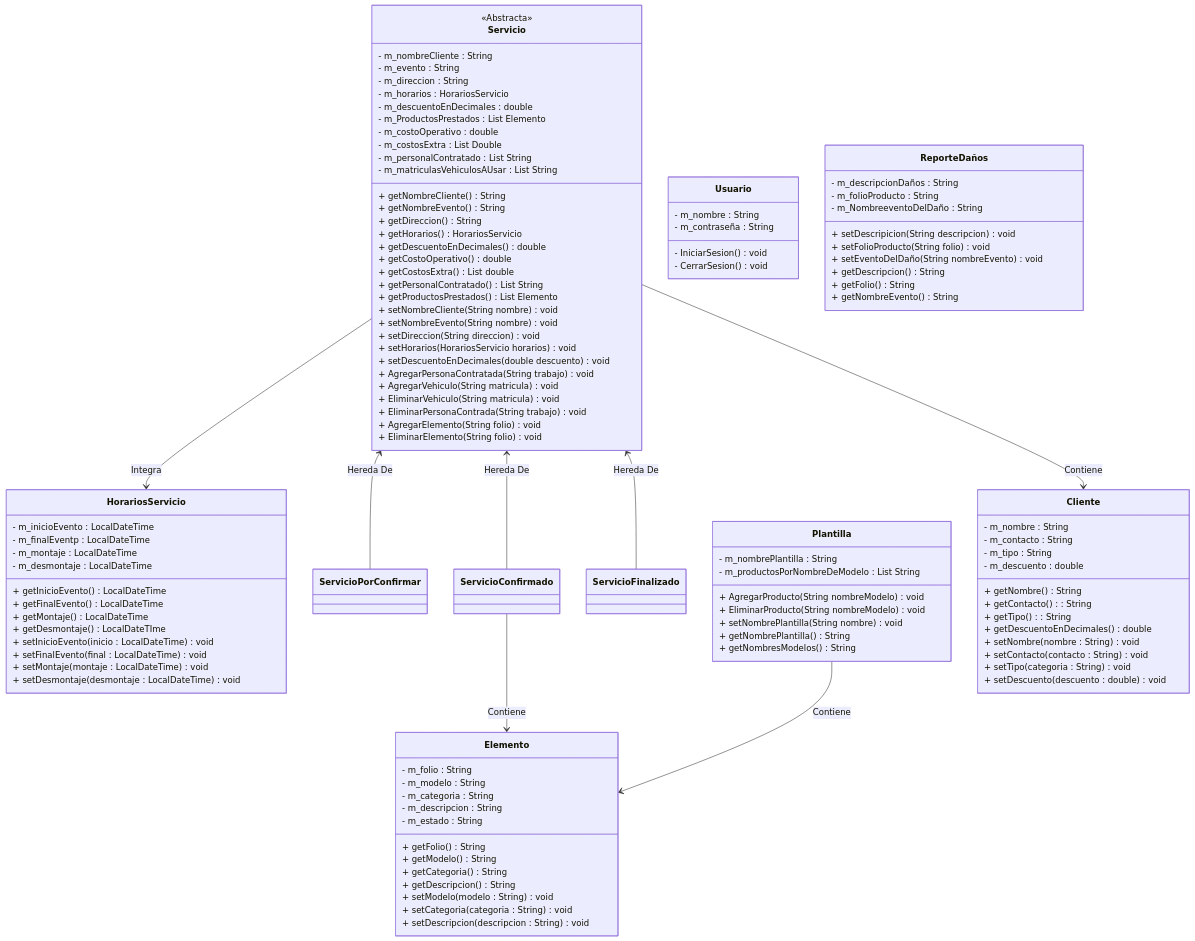
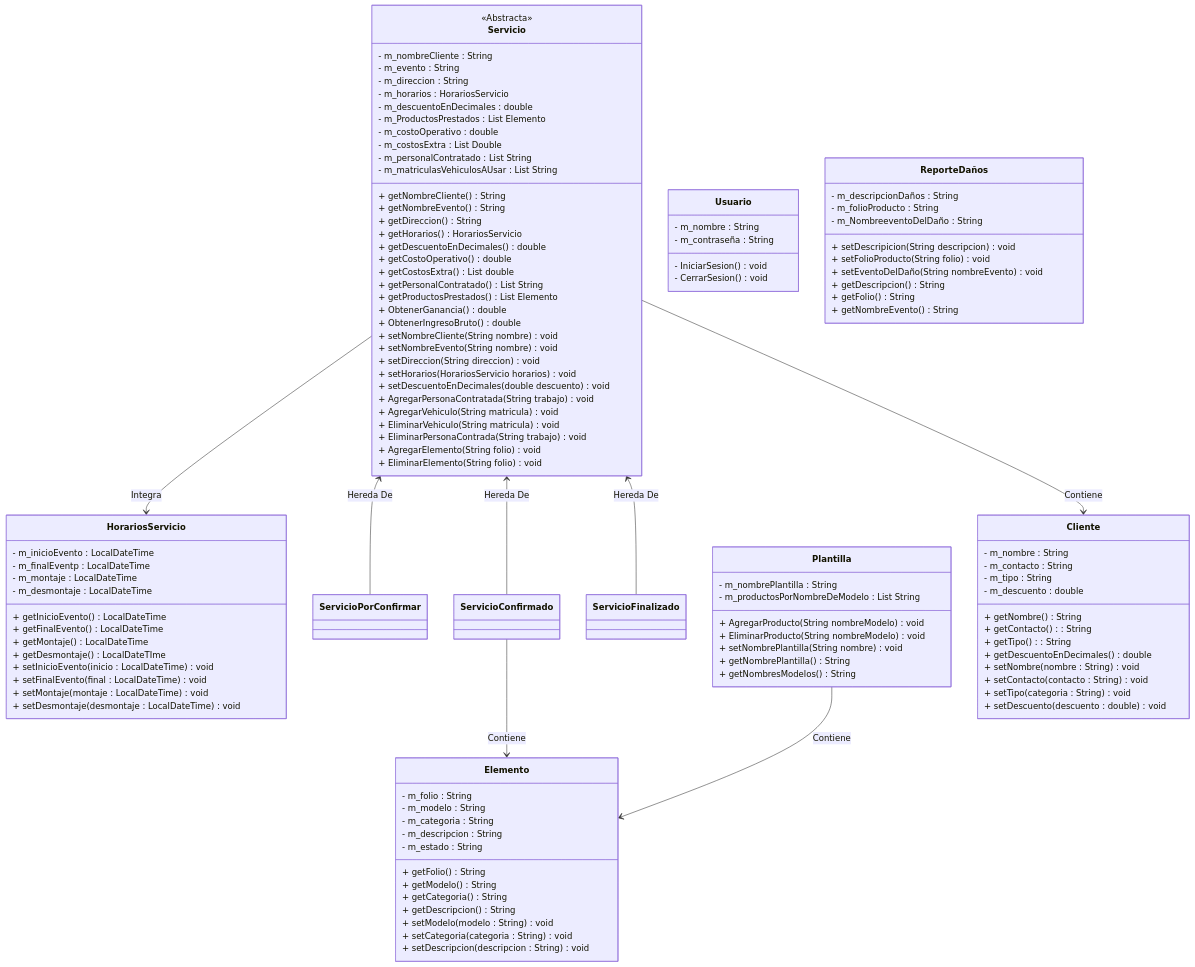
Before and after one commit to JuanJoseVargasArvizu/ProyectoPromotoraEventos: the diagram in Documentacion/Diagramas/DiagramaDeClases.mmd, drawn with Mermaid.

Commit message:
Actualizacion diagrama de clases

```diff
--- a/Documentacion/Diagramas/DiagramaDeClases.mmd
+++ b/Documentacion/Diagramas/DiagramaDeClases.mmd
@@ -1,130 +1,133 @@
 classDiagram
 
 Servicio --> HorariosServicio : Integra
 Servicio <-- ServicioPorConfirmar : Hereda De
 Servicio <-- ServicioConfirmado : Hereda De
 Servicio <-- ServicioFinalizado : Hereda De
 ServicioConfirmado --> Elemento : Contiene
 Plantilla --> Elemento : Contiene
 Servicio --> Cliente : Contiene
 
 class Usuario{
     - m_nombre : String
     - m_contraseña : String
     - IniciarSesion() void
     - CerrarSesion() void
 }
 
 class Plantilla{
     - m_nombrePlantilla : String
     - m_productosPorNombreDeModelo : List String
     + AgregarProducto(String nombreModelo) void
     + EliminarProducto(String nombreModelo) void
     + setNombrePlantilla(String nombre) void
     + getNombrePlantilla() String
     + getNombresModelos() String
 }
 
 class Elemento{
     - m_folio : String
     - m_modelo : String
     - m_categoria : String
     - m_descripcion : String
     - m_estado : String
     + getFolio() String
     + getModelo() String
     + getCategoria() String
     + getDescripcion() String
     + setModelo(modelo : String) void
     + setCategoria(categoria : String) void
     + setDescripcion(descripcion : String) void
 }
 
 class Cliente{
     - m_nombre : String
     - m_contacto : String
     - m_tipo : String
     - m_descuento : double
     + getNombre() String
     + getContacto() : String
     + getTipo() : String
     + getDescuentoEnDecimales() double
     + setNombre(nombre : String) void
     + setContacto(contacto : String) void
     + setTipo(categoria : String) void
     + setDescuento(descuento :  double) void
 }
 
 class ReporteDaños{
     - m_descripcionDaños : String
     - m_folioProducto : String
     - m_NombreeventoDelDaño : String
     + setDescripicion(String descripcion) void
     + setFolioProducto(String folio) void
     + setEventoDelDaño(String nombreEvento) void
     + getDescripcion() String
     + getFolio() String
     + getNombreEvento() String
 }
 
 class Servicio{
     <<Abstracta>>
     - m_nombreCliente : String 
     - m_evento : String
     - m_direccion : String
     - m_horarios : HorariosServicio
     - m_descuentoEnDecimales : double
     - m_ProductosPrestados : List Elemento
     - m_costoOperativo : double
     - m_costosExtra : List Double
     - m_personalContratado : List String
     - m_matriculasVehiculosAUsar : List String
     + getNombreCliente() String
     + getNombreEvento() String
     + getDireccion() String
     + getHorarios() HorariosServicio
     + getDescuentoEnDecimales() double
     + getCostoOperativo() double
     + getCostosExtra() List double
     + getPersonalContratado() List String
     + getProductosPrestados() List Elemento 
+    + ObtenerGanancia() double
+    + ObtenerIngresoBruto() double
+
     + setNombreCliente(String nombre) void
     + setNombreEvento(String nombre) void
     + setDireccion(String direccion) void
     + setHorarios(HorariosServicio horarios) void
     + setDescuentoEnDecimales(double descuento) void
     + AgregarPersonaContratada(String trabajo) void
     + AgregarVehiculo(String matricula) void
     + EliminarVehiculo(String matricula) void
     + EliminarPersonaContrada(String trabajo) void
     + AgregarElemento(String folio) void
     + EliminarElemento(String folio) void
 }
 
 
 class ServicioPorConfirmar{  
 
 }
 
 class ServicioConfirmado{
 
 }
 
 class ServicioFinalizado{
-    
+
 }
 
 class HorariosServicio{
     - m_inicioEvento : LocalDateTime
     - m_finalEventp : LocalDateTime
     - m_montaje : LocalDateTime
     - m_desmontaje : LocalDateTime
     + getInicioEvento() LocalDateTime
     + getFinalEvento() LocalDateTime
     + getMontaje() LocalDateTime
     + getDesmontaje() LocalDateTIme
     + setInicioEvento(inicio : LocalDateTime) void
     + setFinalEvento(final : LocalDateTime) void
     + setMontaje(montaje : LocalDateTime) void
     + setDesmontaje(desmontaje : LocalDateTime) void
 }
```
